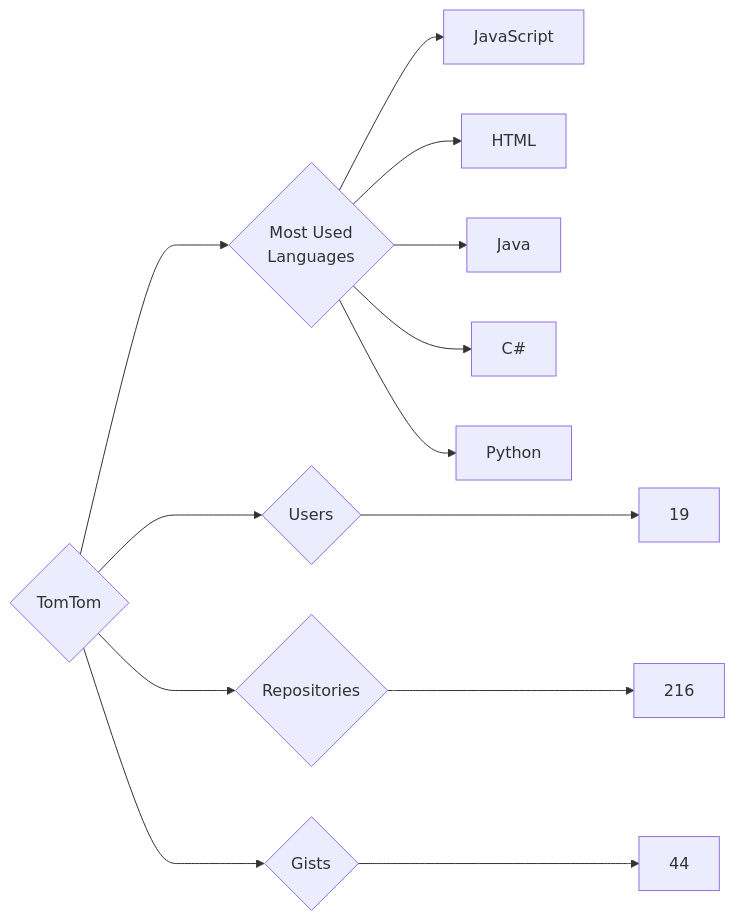
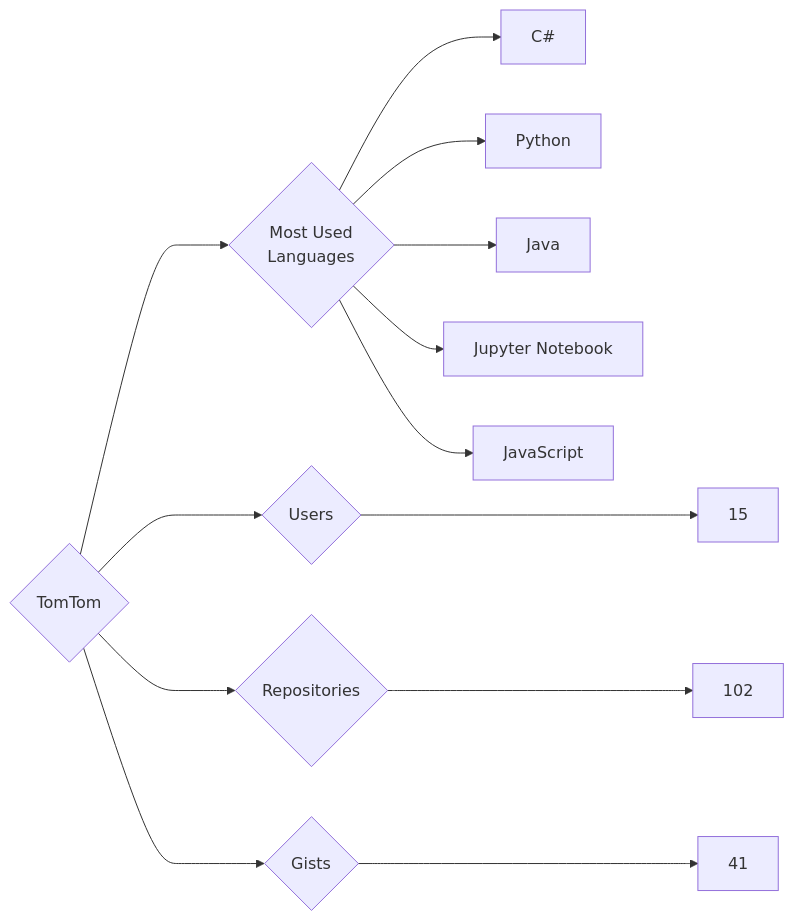
The diagram in targets/TomTom/README.md (trickest/insiders), drawn with Mermaid before and after one commit. The commit also changed 920 other files, not shown here.

````diff
--- a/targets/TomTom/README.md
+++ b/targets/TomTom/README.md
@@ -3,13 +3,13 @@
 ```mermaid
 graph LR
 COMPANY_NAME{TomTom}
-COMPANY_NAME ---> U{Users} ---> UN[19]
-COMPANY_NAME ---> R{Repositories} ---> RN[216]
-COMPANY_NAME ---> G{Gists} ---> GN[44]
+COMPANY_NAME ---> U{Users} ---> UN[15]
+COMPANY_NAME ---> R{Repositories} ---> RN[102]
+COMPANY_NAME ---> G{Gists} ---> GN[41]
 COMPANY_NAME ---> ML{Most Used<br>Languages}
-ML --> JavaScript[JavaScript]
-ML --> HTML[HTML]
-ML --> Java[Java]
 ML --> C#[C#]
 ML --> Python[Python]
+ML --> Java[Java]
+ML --> Jupyter_Notebook[Jupyter Notebook]
+ML --> JavaScript[JavaScript]
 ```
````
